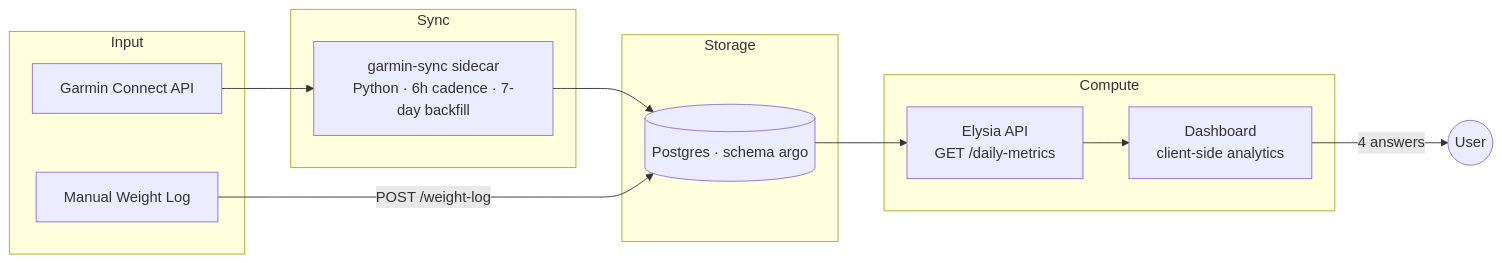
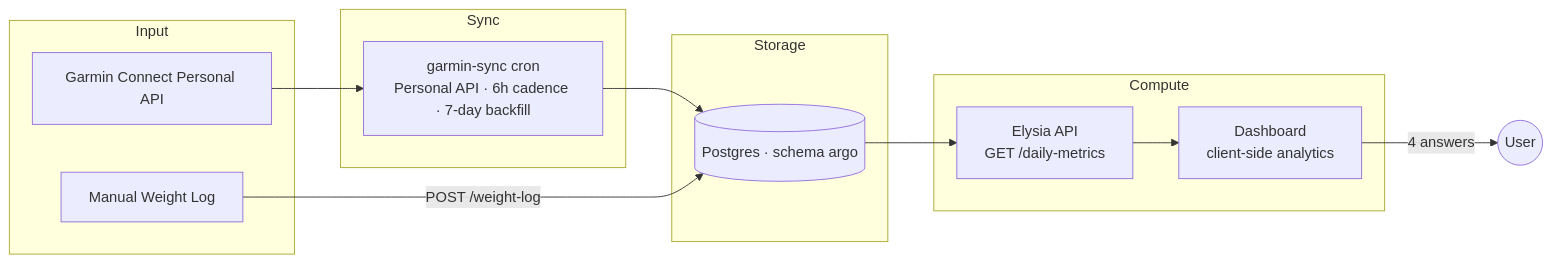
The diagram in docs/GARMIN-HEALTH.md (jkrumm/argo), drawn with Mermaid before and after one commit. The commit also changed 33 other files, not shown here.

First line of the commit message:
feat(garmin): pull from Garmin's official Personal API instead of the homelab collector

````diff
--- a/docs/GARMIN-HEALTH.md
+++ b/docs/GARMIN-HEALTH.md
@@ -24,21 +24,21 @@
 ```mermaid
 graph LR
   subgraph Input
-    GC[Garmin Connect API]
+    GC[Garmin Connect Personal API]
     WL[Manual Weight Log]
   end
   subgraph Sync
-    GS[garmin-sync sidecar<br/>Python · 6h cadence · 7-day backfill]
+    GS[garmin-sync cron<br/>Personal API · 6h cadence · 7-day backfill]
   end
   subgraph Storage
     DB[(Postgres · schema argo)]
   end
   subgraph Compute
     API[Elysia API<br/>GET /daily-metrics]
     CLIENT[Dashboard<br/>client-side analytics]
   end
   GC --> GS --> DB
   WL -->|POST /weight-log| DB
   DB --> API --> CLIENT
   CLIENT -->|4 answers| USER((User))
 ```
````
